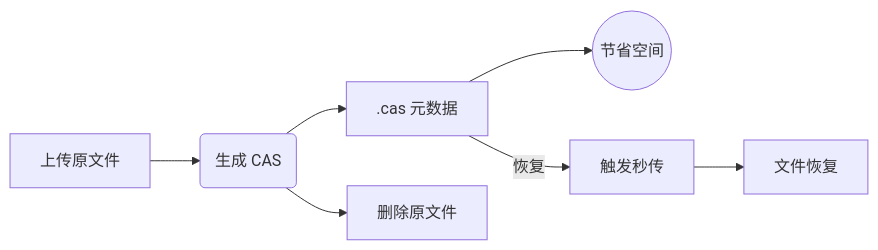
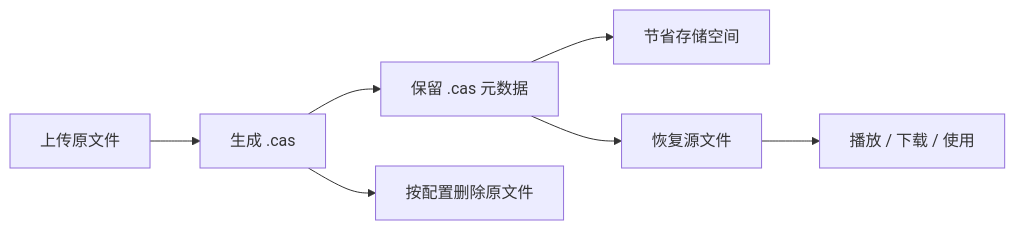
One commit to toclawbot/OpenList-CAS changed the diagram in README.md. Above: the diagram before and after it, drawn with Mermaid. The commit also changed other lines of this file, not shown here.

````diff
--- a/README.md
+++ b/README.md
@@ -64,9 +41,9 @@
 ```mermaid
 graph LR
-    A[上传原文件] --> B(生成 CAS)
-    B --> C[.cas 元数据]
-    B --> D[删除原文件]
-    C --> E((节省空间))
-    C --恢复--> F[触发秒传]
-    F --> G[文件恢复]
+    A[上传原文件] --> B[生成 .cas]
+    B --> C[保留 .cas 元数据]
+    B --> D[按配置删除原文件]
+    C --> E[节省存储空间]
+    C --> F[恢复源文件]
+    F --> G[播放 / 下载 / 使用]
 ```
````
